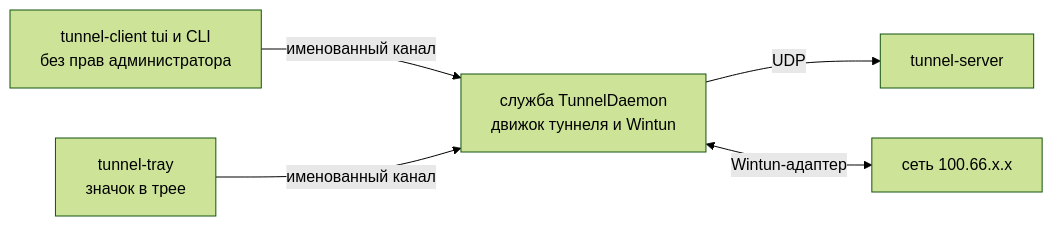
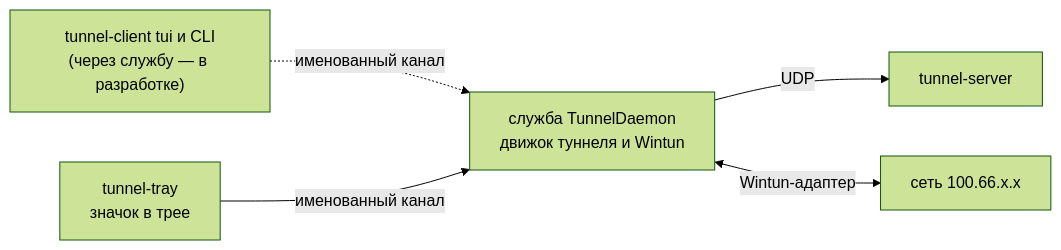
The diagram in docs/INSTALL.md (Kulmek/VoidLink2), drawn with Mermaid (forest theme) before and after one commit. The commit also changed other lines of this file and 17 other files, not shown here.

````diff
--- a/docs/INSTALL.md
+++ b/docs/INSTALL.md
@@ -114,7 +115,7 @@
 ```mermaid
 flowchart LR
-    TUI["tunnel-client tui и CLI<br/>без прав администратора"] -->|именованный канал| SVC
+    TUI["tunnel-client tui и CLI<br/>(через службу — в разработке)"] -.->|именованный канал| SVC
     TRAY["tunnel-tray<br/>значок в трее"] -->|именованный канал| SVC
     SVC["служба TunnelDaemon<br/>движок туннеля и Wintun"] -->|UDP| SRV["tunnel-server"]
     SVC <-->|Wintun-адаптер| NET["сеть 100.66.x.x"]
 ```
````
